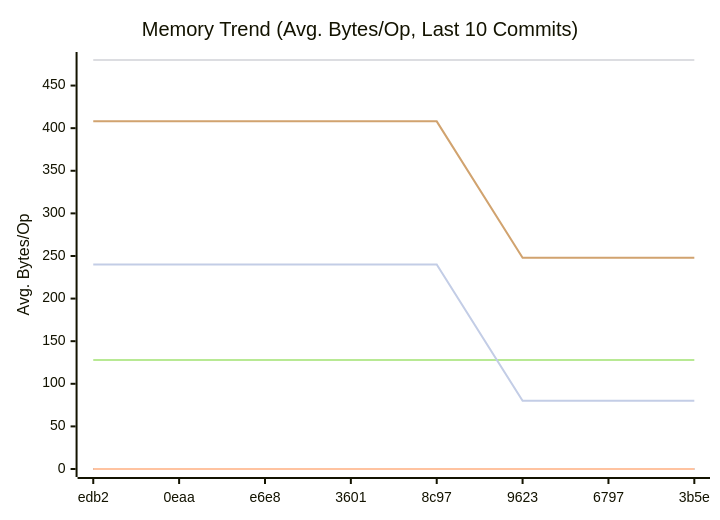
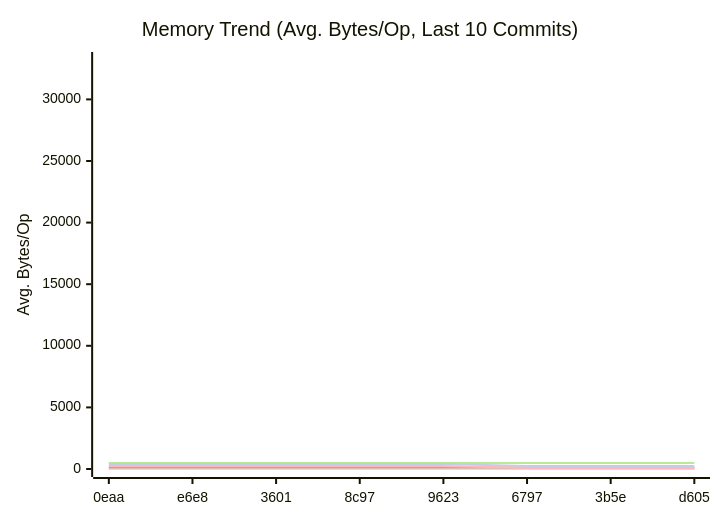
One commit to alsotoes/momo changed the second of 3 diagrams in docs/README.md. Above: the diagram before and after it, drawn with Mermaid. The commit also changed other lines of this file and 1 other file, not shown here.

````diff
--- a/docs/README.md
+++ b/docs/README.md
@@ -318,14 +323,15 @@
 ```mermaid
 xychart-beta
     title "Memory Trend (Avg. Bytes/Op, Last 10 Commits)"
     x-axis "Commit"
     y-axis "Avg. Bytes/Op"
-    x-axis [edb2,0eaa,e6e8,3601,8c97,9623,6797,3b5e]
+    x-axis [0eaa,e6e8,3601,8c97,9623,6797,3b5e,d605]
     line "CheckMetricsAndSwap" [0,0,0,0,0,0,0,0,0,0]
+    line "HashFile" [33197]
     line "IndexDirectTracking" [0,0,0,0,0,0,0,0,0,0]
     line "IndexSearch" [0,0,0,0,0,0,0,0,0,0]
     line "LoadGlobalConfig" [480,480,480,480,480,480,480,480,480,480]
     line "PadString" [128,128,128,128,128,128,128,128,128,128]
     line "ParseReplicationOrder_NoPrealloc" [408,408,408,408,408,248,248,248,248,248]
     line "ParseReplicationOrder_Prealloc" [240,240,240,240,240,80,80,80,80,80]
 ```
````
